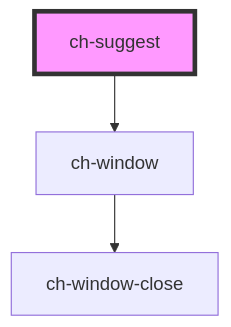
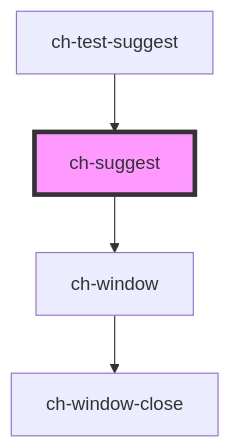
Before and after one commit to genexuslabs/chameleon-controls-library: the diagram in src/components/suggest/readme.md, drawn with Mermaid. The commit also changed other lines of this file and 12 other files, not shown here.

````diff
--- a/src/components/suggest/readme.md
+++ b/src/components/suggest/readme.md
@@ -60,6 +64,7 @@
 ```mermaid
 graph TD;
   ch-suggest --> ch-window
   ch-window --> ch-window-close
+  ch-test-suggest --> ch-suggest
   style ch-suggest fill:#f9f,stroke:#333,stroke-width:4px
 ```
````
